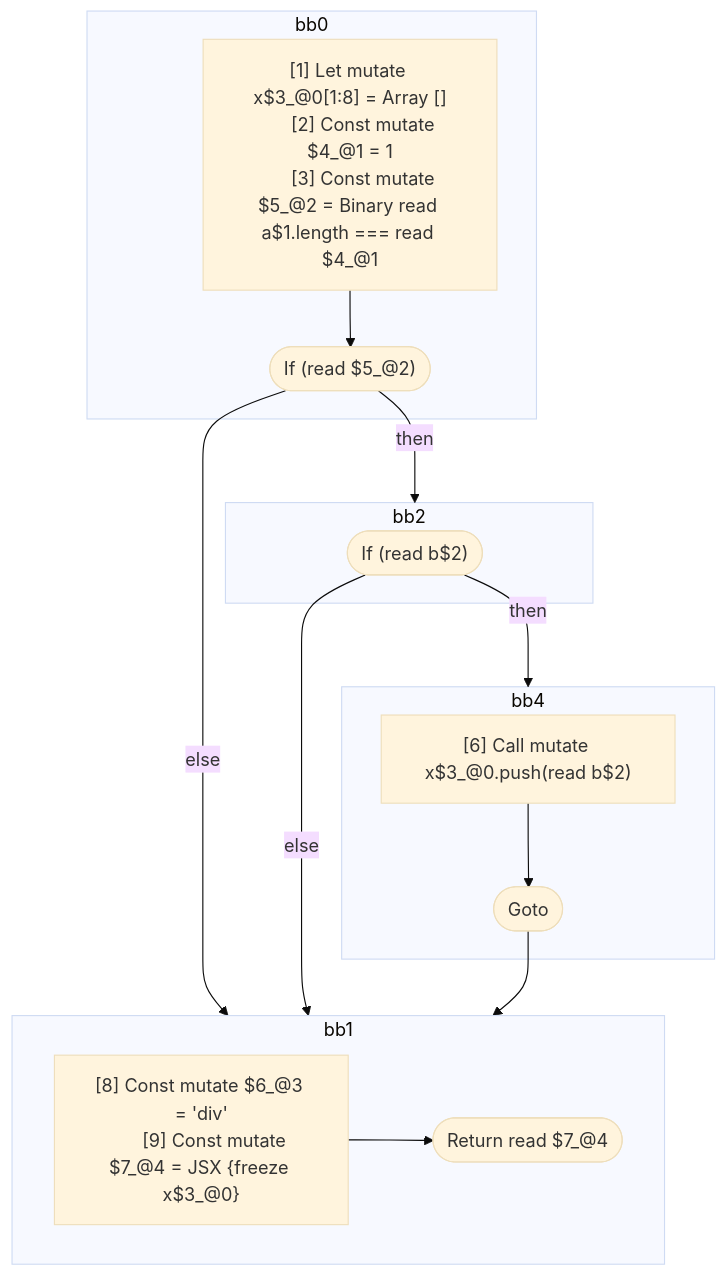
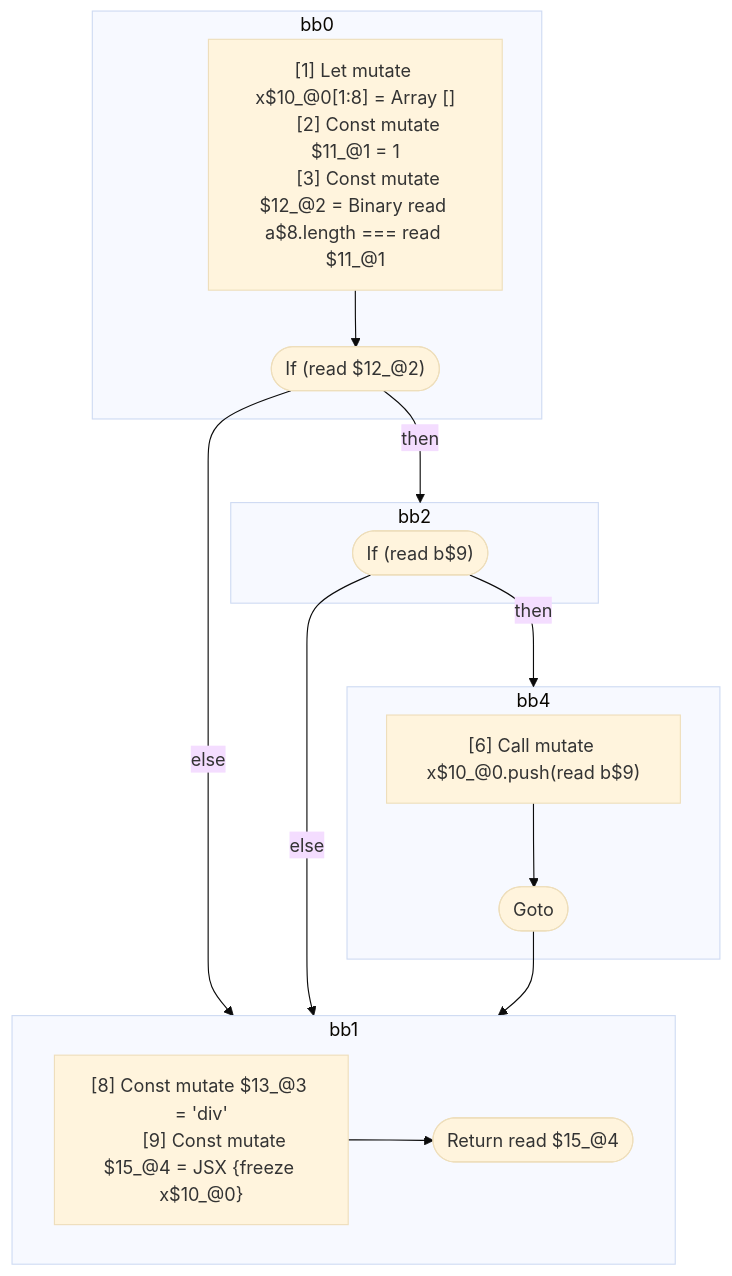
Before and after one commit to wutsmog/private: the diagram in compiler/forget/src/__tests__/fixtures/hir/reactive-scopes.expect.md, drawn with Mermaid (base theme). The commit also changed other lines of this file and 59 other files, not shown here.

````diff
--- a/compiler/forget/src/__tests__/fixtures/hir/reactive-scopes.expect.md
+++ b/compiler/forget/src/__tests__/fixtures/hir/reactive-scopes.expect.md
@@ -42,36 +42,36 @@
 ```mermaid
 flowchart TB
   %% Basic Blocks
   subgraph bb0
     bb0_instrs["
-      [1] Let mutate x$3_@0[1:8] = Array []
-      [2] Const mutate $4_@1 = 1
-      [3] Const mutate $5_@2 = Binary read a$1.length === read $4_@1
+      [1] Let mutate x$10_@0[1:8] = Array []
+      [2] Const mutate $11_@1 = 1
+      [3] Const mutate $12_@2 = Binary read a$8.length === read $11_@1
     "]
-    bb0_instrs --> bb0_terminal(["If (read $5_@2)"])
+    bb0_instrs --> bb0_terminal(["If (read $12_@2)"])
   end
   subgraph bb2
-    bb2_terminal(["If (read b$2)"])
+    bb2_terminal(["If (read b$9)"])
   end
   subgraph bb4
     bb4_instrs["
-      [6] Call mutate x$3_@0.push(read b$2)
+      [6] Call mutate x$10_@0.push(read b$9)
     "]
     bb4_instrs --> bb4_terminal(["Goto"])
   end
   subgraph bb1
     bb1_instrs["
-      [8] Const mutate $6_@3 = 'div'
-      [9] Const mutate $7_@4 = JSX <read $6_@3>{freeze x$3_@0}</read $6_@3>
+      [8] Const mutate $13_@3 = 'div'
+      [9] Const mutate $15_@4 = JSX <read $13_@3>{freeze x$10_@0}</read $13_@3>
     "]
-    bb1_instrs --> bb1_terminal(["Return read $7_@4"])
+    bb1_instrs --> bb1_terminal(["Return read $15_@4"])
   end
 
   %% Jumps
   bb0_terminal -- "then" --> bb2
   bb0_terminal -- "else" --> bb1
   bb2_terminal -- "then" --> bb4
   bb2_terminal -- "else" --> bb1
   bb4_terminal --> bb1
 
 ```
````
